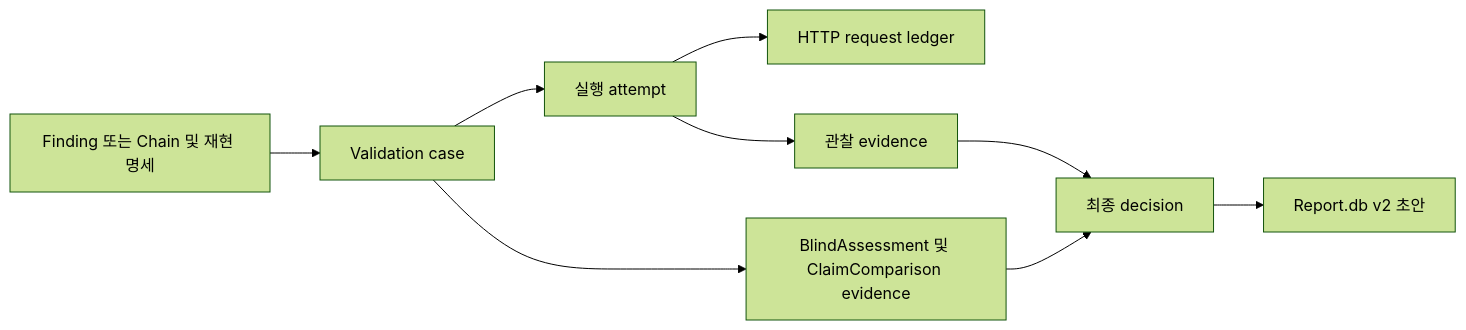
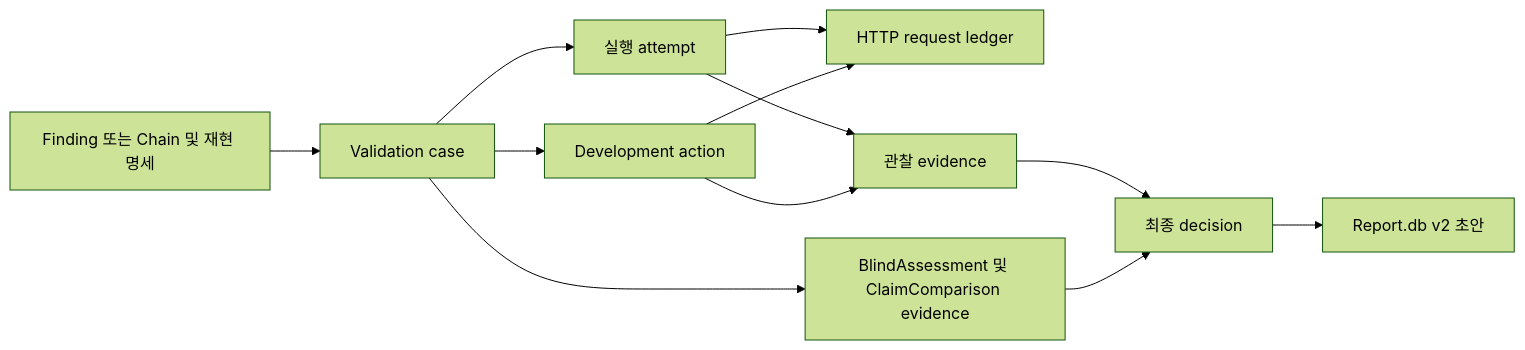
The second of 2 diagrams in recon-attack-pipeline/docs/changes/validation/VALIDATION_IMPLEMENTATION_GUIDE.md (Oyeonseok/WHS4_DAST_Project), drawn with Mermaid (forest theme) before and after one commit. The commit also changed other lines of this file and 27 other files, not shown here.

````diff
--- a/recon-attack-pipeline/docs/changes/validation/VALIDATION_IMPLEMENTATION_GUIDE.md
+++ b/recon-attack-pipeline/docs/changes/validation/VALIDATION_IMPLEMENTATION_GUIDE.md
@@ -324,11 +398,14 @@
 ```mermaid
 flowchart LR
     S[Finding 또는 Chain 및 재현 명세] --> C[Validation case]
     C --> A[실행 attempt]
     A --> H[HTTP request ledger]
     A --> E[관찰 evidence]
+    C --> X[Development action]
+    X --> H
+    X --> E
     C --> B[BlindAssessment 및 ClaimComparison evidence]
     E --> D[최종 decision]
     B --> D
     D --> R[Report.db v2 초안]
 ```
````
